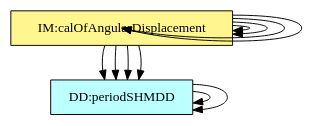
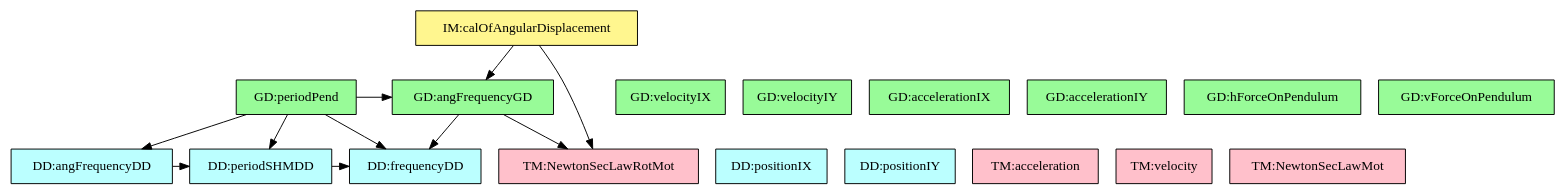
One commit to JacquesCarette/Drasil changed the diagram in code/stable/sglpend/TraceyGraph/refvsref.dot. Above: the diagram before and after it, drawn with Graphviz. The commit also changed 101 other files, not shown here.

```diff
--- a/code/stable/sglpend/TraceyGraph/refvsref.dot
+++ b/code/stable/sglpend/TraceyGraph/refvsref.dot
@@ -1,56 +1,56 @@
 digraph refvsref {
-	dataDefn:angularFrequency -> dataDefn:period;
-	dataDefn:period -> dataDefn:frequency;
-	theory:angFrequencyGD -> dataDefn:frequency;
-	theory:angFrequencyGD -> theory:newtonSLR;
-	theory:periodPendGD -> dataDefn:frequency;
-	theory:periodPendGD -> dataDefn:angularFrequency;
-	theory:periodPendGD -> dataDefn:period;
-	theory:periodPendGD -> theory:angFrequencyGD;
-	theory:angularDisplacementIM -> theory:newtonSLR;
-	theory:angularDisplacementIM -> theory:angFrequencyGD;
+	"dataDefn:angularFrequency" -> "dataDefn:period";
+	"dataDefn:period" -> "dataDefn:frequency";
+	"theory:angFrequencyGD" -> "dataDefn:frequency";
+	"theory:angFrequencyGD" -> "theory:newtonSLR";
+	"theory:periodPendGD" -> "dataDefn:frequency";
+	"theory:periodPendGD" -> "dataDefn:angularFrequency";
+	"theory:periodPendGD" -> "dataDefn:period";
+	"theory:periodPendGD" -> "theory:angFrequencyGD";
+	"theory:angularDisplacementIM" -> "theory:newtonSLR";
+	"theory:angularDisplacementIM" -> "theory:angFrequencyGD";
 
 
-	dataDefn:ixPos	[shape=box, color=black, style=filled, fillcolor=paleturquoise1, label="DD:positionIX"];
-	dataDefn:iyPos	[shape=box, color=black, style=filled, fillcolor=paleturquoise1, label="DD:positionIY"];
-	dataDefn:frequency	[shape=box, color=black, style=filled, fillcolor=paleturquoise1, label="DD:frequencyDD"];
-	dataDefn:angularFrequency	[shape=box, color=black, style=filled, fillcolor=paleturquoise1, label="DD:angFrequencyDD"];
-	dataDefn:period	[shape=box, color=black, style=filled, fillcolor=paleturquoise1, label="DD:periodSHMDD"];
+	"dataDefn:ixPos"	[shape=box, color=black, style=filled, fillcolor=paleturquoise1, label="DD:positionIX"];
+	"dataDefn:iyPos"	[shape=box, color=black, style=filled, fillcolor=paleturquoise1, label="DD:positionIY"];
+	"dataDefn:frequency"	[shape=box, color=black, style=filled, fillcolor=paleturquoise1, label="DD:frequencyDD"];
+	"dataDefn:angularFrequency"	[shape=box, color=black, style=filled, fillcolor=paleturquoise1, label="DD:angFrequencyDD"];
+	"dataDefn:period"	[shape=box, color=black, style=filled, fillcolor=paleturquoise1, label="DD:periodSHMDD"];
 
 	subgraph DD {
 	rank="same"
-	{dataDefn:ixPos, dataDefn:iyPos, dataDefn:frequency, dataDefn:angularFrequency, dataDefn:period}
+	{"dataDefn:ixPos", "dataDefn:iyPos", "dataDefn:frequency", "dataDefn:angularFrequency", "dataDefn:period"}
 	}
 
-	theory:accelerationTM	[shape=box, color=black, style=filled, fillcolor=pink, label="TM:acceleration"];
-	theory:velocityTM	[shape=box, color=black, style=filled, fillcolor=pink, label="TM:velocity"];
-	theory:newtonSL	[shape=box, color=black, style=filled, fillcolor=pink, label="TM:NewtonSecLawMot"];
-	theory:newtonSLR	[shape=box, color=black, style=filled, fillcolor=pink, label="TM:NewtonSecLawRotMot"];
+	"theory:accelerationTM"	[shape=box, color=black, style=filled, fillcolor=pink, label="TM:acceleration"];
+	"theory:velocityTM"	[shape=box, color=black, style=filled, fillcolor=pink, label="TM:velocity"];
+	"theory:newtonSL"	[shape=box, color=black, style=filled, fillcolor=pink, label="TM:NewtonSecLawMot"];
+	"theory:newtonSLR"	[shape=box, color=black, style=filled, fillcolor=pink, label="TM:NewtonSecLawRotMot"];
 
 	subgraph TM {
 	rank="same"
-	{theory:accelerationTM, theory:velocityTM, theory:newtonSL, theory:newtonSLR}
+	{"theory:accelerationTM", "theory:velocityTM", "theory:newtonSL", "theory:newtonSLR"}
 	}
 
-	theory:xVel	[shape=box, color=black, style=filled, fillcolor=palegreen, label="GD:velocityIX"];
-	theory:yVel	[shape=box, color=black, style=filled, fillcolor=palegreen, label="GD:velocityIY"];
-	theory:xScalAcc	[shape=box, color=black, style=filled, fillcolor=palegreen, label="GD:accelerationIX"];
-	theory:yScalAcc	[shape=box, color=black, style=filled, fillcolor=palegreen, label="GD:accelerationIY"];
-	theory:hForceOnPendulum	[shape=box, color=black, style=filled, fillcolor=palegreen, label="GD:hForceOnPendulum"];
-	theory:vForceOnPendulum	[shape=box, color=black, style=filled, fillcolor=palegreen, label="GD:vForceOnPendulum"];
-	theory:angFrequencyGD	[shape=box, color=black, style=filled, fillcolor=palegreen, label="GD:angFrequencyGD"];
-	theory:periodPendGD	[shape=box, color=black, style=filled, fillcolor=palegreen, label="GD:periodPend"];
+	"theory:xVel"	[shape=box, color=black, style=filled, fillcolor=palegreen, label="GD:velocityIX"];
+	"theory:yVel"	[shape=box, color=black, style=filled, fillcolor=palegreen, label="GD:velocityIY"];
+	"theory:xScalAcc"	[shape=box, color=black, style=filled, fillcolor=palegreen, label="GD:accelerationIX"];
+	"theory:yScalAcc"	[shape=box, color=black, style=filled, fillcolor=palegreen, label="GD:accelerationIY"];
+	"theory:hForceOnPendulum"	[shape=box, color=black, style=filled, fillcolor=palegreen, label="GD:hForceOnPendulum"];
+	"theory:vForceOnPendulum"	[shape=box, color=black, style=filled, fillcolor=palegreen, label="GD:vForceOnPendulum"];
+	"theory:angFrequencyGD"	[shape=box, color=black, style=filled, fillcolor=palegreen, label="GD:angFrequencyGD"];
+	"theory:periodPendGD"	[shape=box, color=black, style=filled, fillcolor=palegreen, label="GD:periodPend"];
 
 	subgraph GD {
 	rank="same"
-	{theory:xVel, theory:yVel, theory:xScalAcc, theory:yScalAcc, theory:hForceOnPendulum, theory:vForceOnPendulum, theory:angFrequencyGD, theory:periodPendGD}
+	{"theory:xVel", "theory:yVel", "theory:xScalAcc", "theory:yScalAcc", "theory:hForceOnPendulum", "theory:vForceOnPendulum", "theory:angFrequencyGD", "theory:periodPendGD"}
 	}
 
-	theory:angularDisplacementIM	[shape=box, color=black, style=filled, fillcolor=khaki1, label="IM:calOfAngularDisplacement"];
+	"theory:angularDisplacementIM"	[shape=box, color=black, style=filled, fillcolor=khaki1, label="IM:calOfAngularDisplacement"];
 
 	subgraph IM {
 	rank="same"
-	{theory:angularDisplacementIM}
+	{"theory:angularDisplacementIM"}
 	}
 
 }
```
